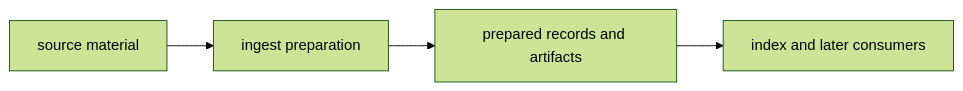
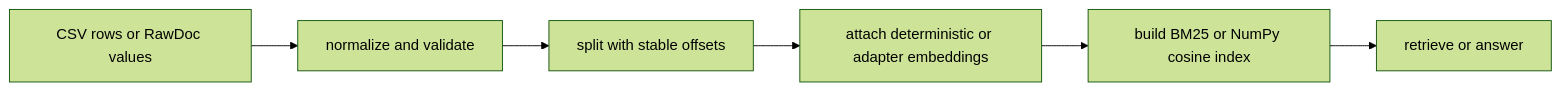
The diagram in docs/02-bijux-canon-ingest/foundation/package-overview.md (bijux/bijux-canon), drawn with Mermaid (forest theme) before and after one commit. The commit also changed other lines of this file and 2 other files, not shown here.

Commit message:
docs(ingest): explain package state and setup

````diff
--- a/docs/02-bijux-canon-ingest/foundation/package-overview.md
+++ b/docs/02-bijux-canon-ingest/foundation/package-overview.md
@@ -16,9 +21,11 @@
 ```mermaid
 flowchart LR
-    source["source material"]
-    ingest["ingest preparation"]
-    prepared["prepared records and artifacts"]
-    downstream["index and later consumers"]
+    input["CSV rows or RawDoc values"]
+    clean["normalize and validate"]
+    chunk["split with stable offsets"]
+    embed["attach deterministic or adapter embeddings"]
+    index["build BM25 or NumPy cosine index"]
+    query["retrieve or answer"]
 
-    source --> ingest --> prepared --> downstream
+    input --> clean --> chunk --> embed --> index --> query
 ```
````
